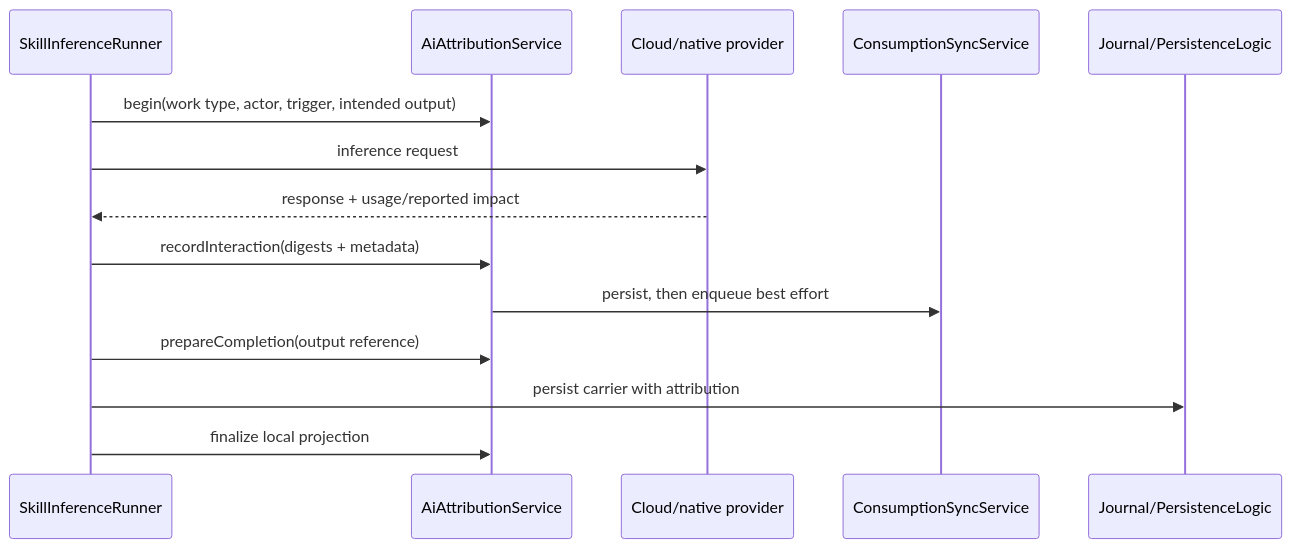
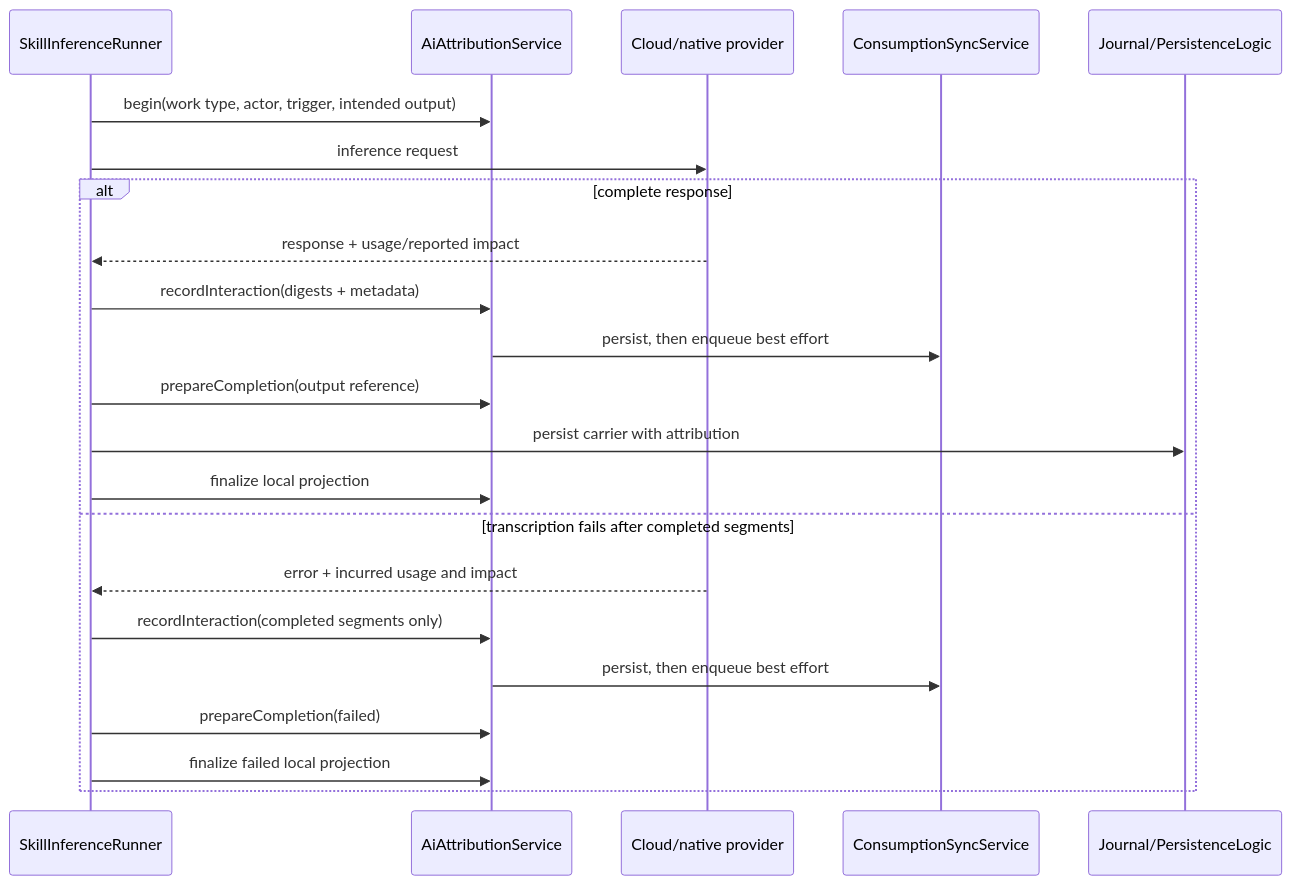
One commit to matthiasn/lotti changed the diagram in knowledge/features/ai/attribution.md. Above: the diagram before and after it, drawn with Mermaid. The commit also changed other lines of this file and 20 other files, not shown here.

````diff
--- a/knowledge/features/ai/attribution.md
+++ b/knowledge/features/ai/attribution.md
@@ -27,16 +27,24 @@
 ```mermaid
 sequenceDiagram
   participant Runner as SkillInferenceRunner
   participant Attr as AiAttributionService
   participant Provider as Cloud/native provider
   participant Sync as ConsumptionSyncService
   participant Journal as Journal/PersistenceLogic
   Runner->>Attr: begin(work type, actor, trigger, intended output)
   Runner->>Provider: inference request
-  Provider-->>Runner: response + usage/reported impact
-  Runner->>Attr: recordInteraction(digests + metadata)
-  Attr->>Sync: persist, then enqueue best effort
-  Runner->>Attr: prepareCompletion(output reference)
-  Runner->>Journal: persist carrier with attribution
-  Runner->>Attr: finalize local projection
+  alt complete response
+    Provider-->>Runner: response + usage/reported impact
+    Runner->>Attr: recordInteraction(digests + metadata)
+    Attr->>Sync: persist, then enqueue best effort
+    Runner->>Attr: prepareCompletion(output reference)
+    Runner->>Journal: persist carrier with attribution
+    Runner->>Attr: finalize local projection
+  else transcription fails after completed segments
+    Provider-->>Runner: error + incurred usage and impact
+    Runner->>Attr: recordInteraction(completed segments only)
+    Attr->>Sync: persist, then enqueue best effort
+    Runner->>Attr: prepareCompletion(failed)
+    Runner->>Attr: finalize failed local projection
+  end
 ```
````
